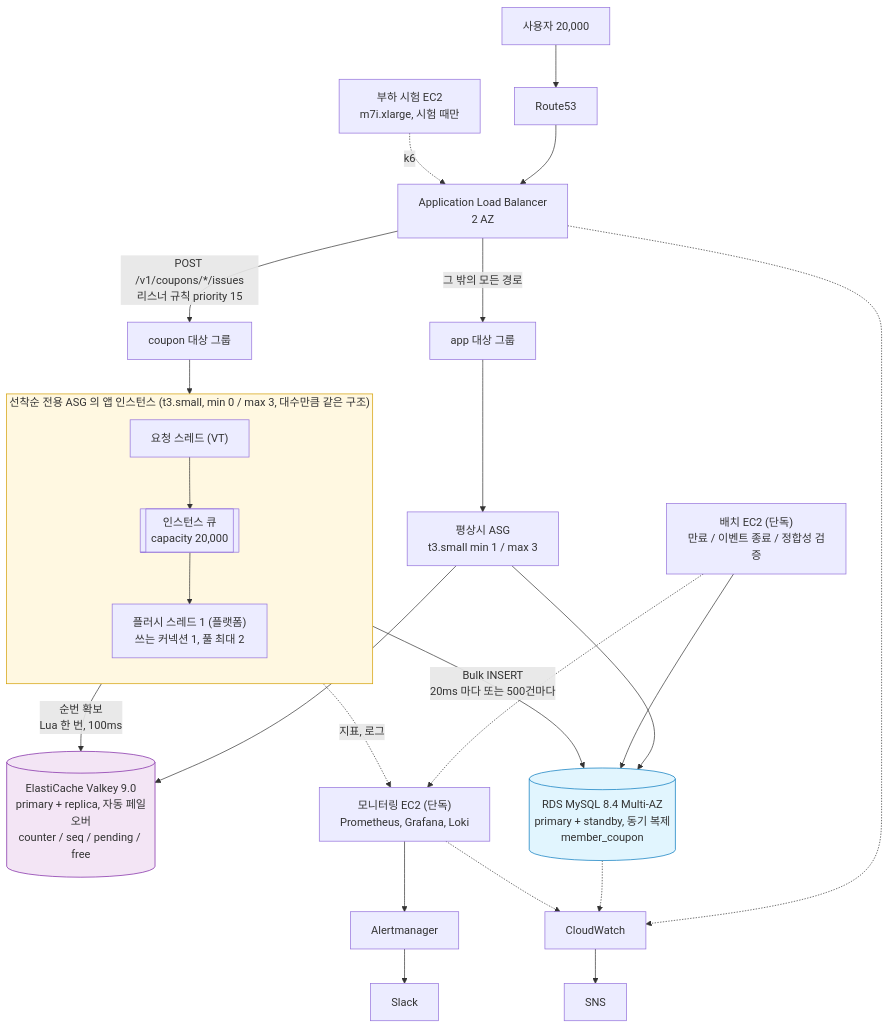
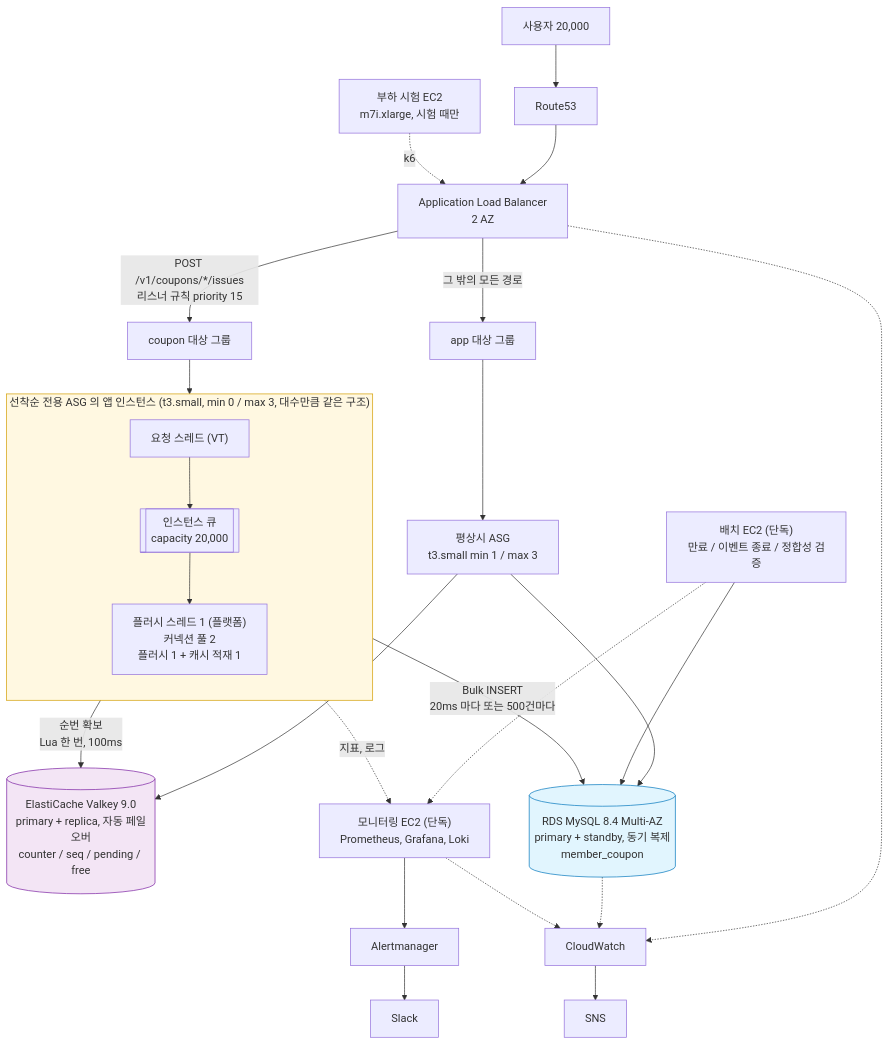
The first of 2 diagrams in README.md (fresh-market/fm-backend), drawn with Mermaid before and after one commit. The commit also changed other lines of this file and 1 other file, not shown here.

````diff
--- a/README.md
+++ b/README.md
@@ -253,38 +253,38 @@
 ```mermaid
 flowchart TB
     U["사용자 20,000"] --> R53["Route53"]
     R53 --> ALB["Application Load Balancer<br/>2 AZ"]
 
     ALB -->|"POST /v1/coupons/*/issues<br/>리스너 규칙 priority 15"| TGC["coupon 대상 그룹"]
     ALB -->|"그 밖의 모든 경로"| TGA["app 대상 그룹"]
     TGA --> ASGA["평상시 ASG<br/>t3.small  min 1 / max 3"]
 
     subgraph COUPON["선착순 전용 ASG 의 앱 인스턴스 (t3.small, min 0 / max 3, 대수만큼 같은 구조)"]
         direction TB
         VT["요청 스레드 (VT)"] --> Q1[["인스턴스 큐<br/>capacity 20,000"]]
-        Q1 --> F1["플러시 스레드 1 (플랫폼)<br/>쓰는 커넥션 1, 풀 최대 2"]
+        Q1 --> F1["플러시 스레드 1 (플랫폼)<br/>커넥션 풀 2<br/>플러시 1 + 캐시 적재 1"]
     end
     TGC --> VT
 
     CACHE[("ElastiCache Valkey 9.0<br/>primary + replica, 자동 페일오버<br/>counter / seq / pending / free")]
     RDS[("RDS MySQL 8.4 Multi-AZ<br/>primary + standby, 동기 복제<br/>member_coupon")]
 
     VT -->|"순번 확보<br/>Lua 한 번, 100ms"| CACHE
     F1 -->|"Bulk INSERT<br/>20ms 마다 또는 500건마다"| RDS
     ASGA --> RDS
     ASGA --> CACHE
 
     BATCH["배치 EC2 (단독)<br/>만료 / 이벤트 종료 / 정합성 검증"] --> RDS
     MON["모니터링 EC2 (단독)<br/>Prometheus, Grafana, Loki"]
     LT["부하 시험 EC2<br/>m7i.xlarge, 시험 때만"] -.->|"k6"| ALB
 
     COUPON -.->|"지표, 로그"| MON
     BATCH -.-> MON
     MON --> AM["Alertmanager"] --> SLACK["Slack"]
     ALB & RDS & MON -.-> CW["CloudWatch"]
     CW --> SNS["SNS"]
 
     style COUPON fill:#fff8e1,stroke:#d39e00
     style CACHE fill:#f3e5f5,stroke:#7b1fa2
     style RDS fill:#e1f5fe,stroke:#0277bd
 ```
````
